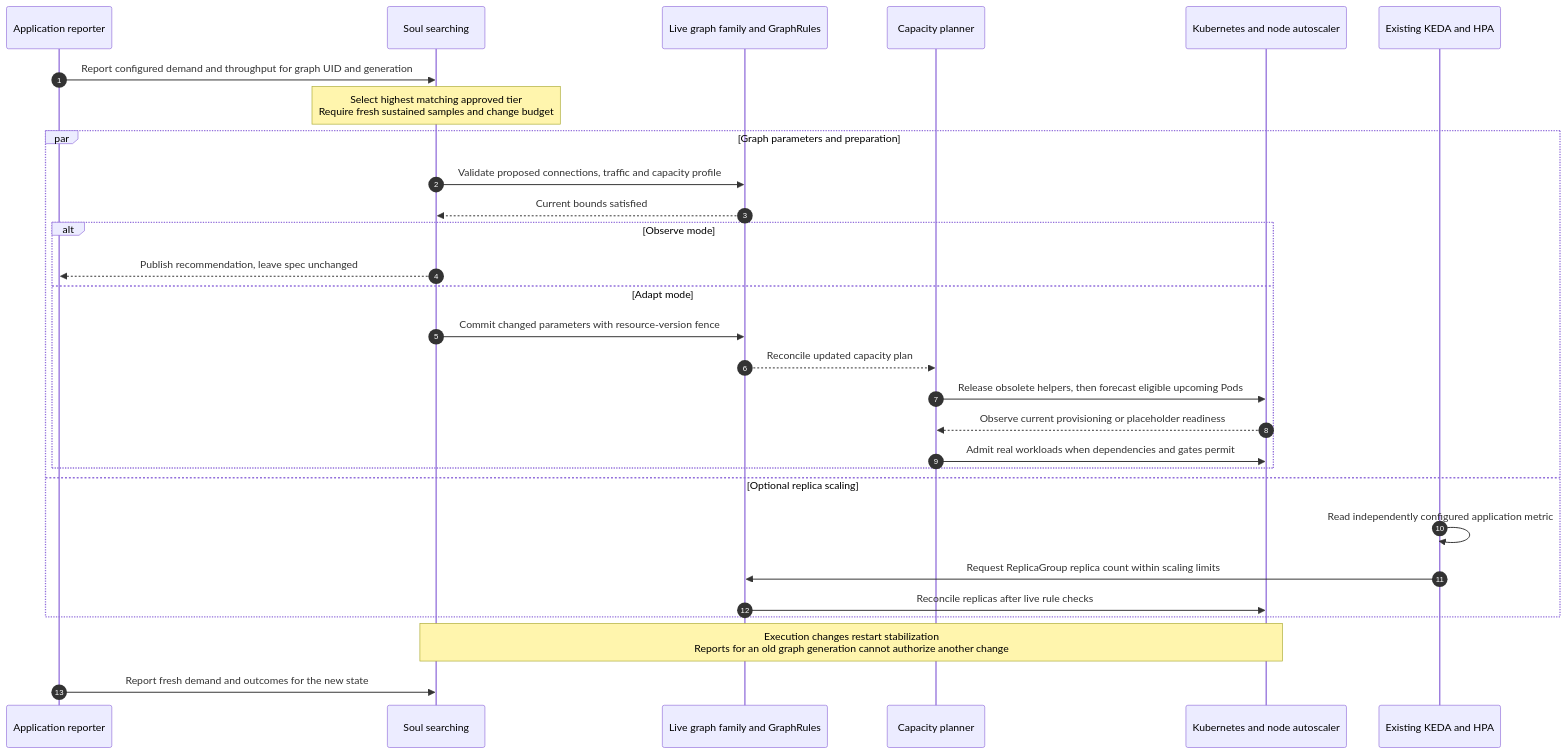
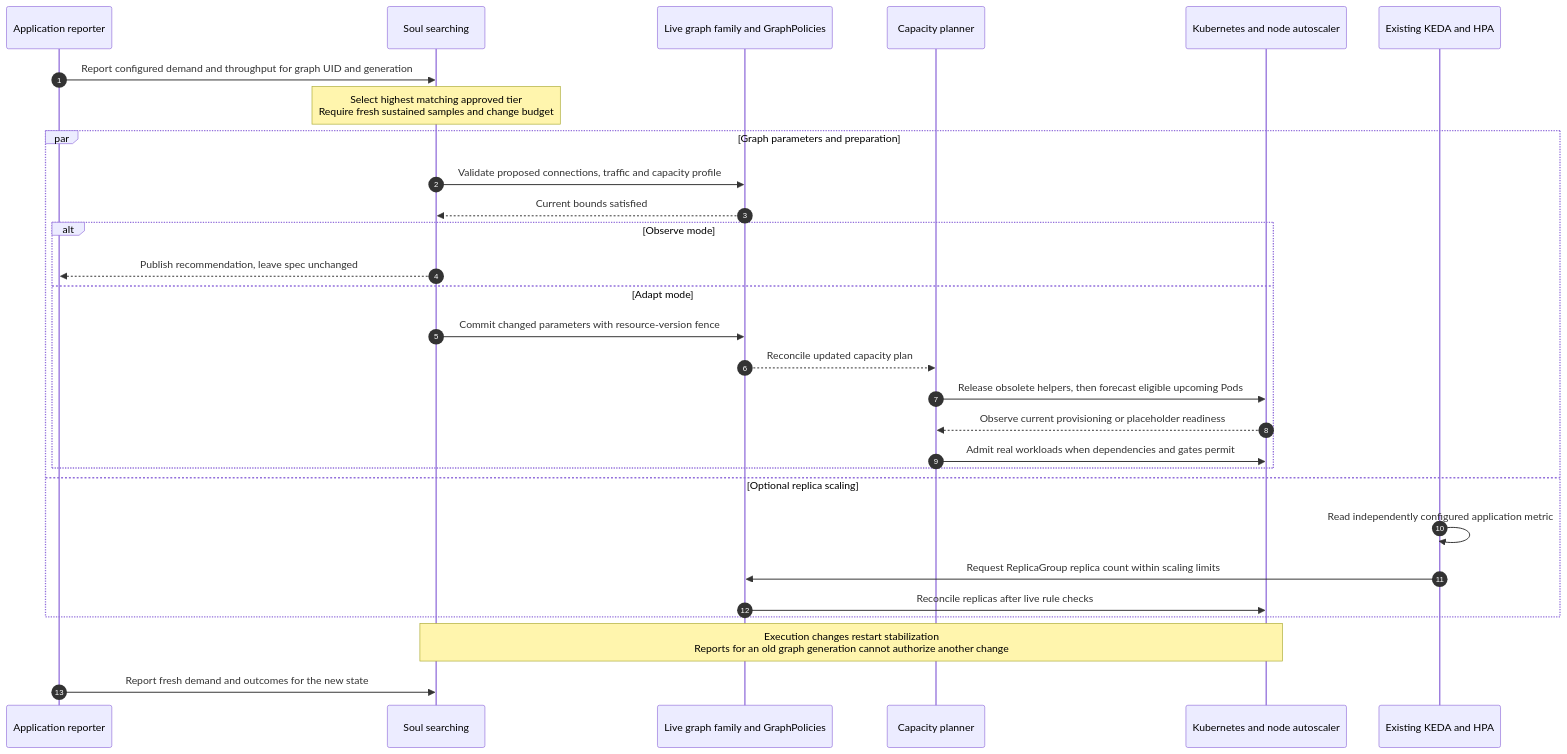
Before and after one commit to astrivant/polyad: the diagram in docs/graphs/load-profiles.md, drawn with Mermaid. The commit also changed other lines of this file and 182 other files, not shown here.

Commit message:
GraphPolicies rename

````diff
--- a/docs/graphs/load-profiles.md
+++ b/docs/graphs/load-profiles.md
@@ -114,31 +114,31 @@
 ```mermaid
 sequenceDiagram
     autonumber
     participant App as Application reporter
     participant Soul as Soul searching
-    participant Rules as Live graph family and GraphRules
+    participant Rules as Live graph family and GraphPolicies
     participant Plan as Capacity planner
     participant Nodes as Kubernetes and node autoscaler
     participant Scale as Existing KEDA and HPA
     App->>Soul: Report configured demand and throughput for graph UID and generation
     Note over Soul: Select highest matching approved tier<br/>Require fresh sustained samples and change budget
     par Graph parameters and preparation
         Soul->>Rules: Validate proposed connections, traffic and capacity profile
         Rules-->>Soul: Current bounds satisfied
         alt Observe mode
             Soul-->>App: Publish recommendation, leave spec unchanged
         else Adapt mode
             Soul->>Rules: Commit changed parameters with resource-version fence
             Rules-->>Plan: Reconcile updated capacity plan
             Plan->>Nodes: Release obsolete helpers, then forecast eligible upcoming Pods
             Nodes-->>Plan: Observe current provisioning or placeholder readiness
             Plan->>Nodes: Admit real workloads when dependencies and gates permit
         end
     and Optional replica scaling
         Scale->>Scale: Read independently configured application metric
         Scale->>Rules: Request ReplicaGroup replica count within scaling limits
         Rules->>Nodes: Reconcile replicas after live rule checks
     end
     Note over Soul,Nodes: Execution changes restart stabilization<br/>Reports for an old graph generation cannot authorize another change
     App->>Soul: Report fresh demand and outcomes for the new state
 ```
````
